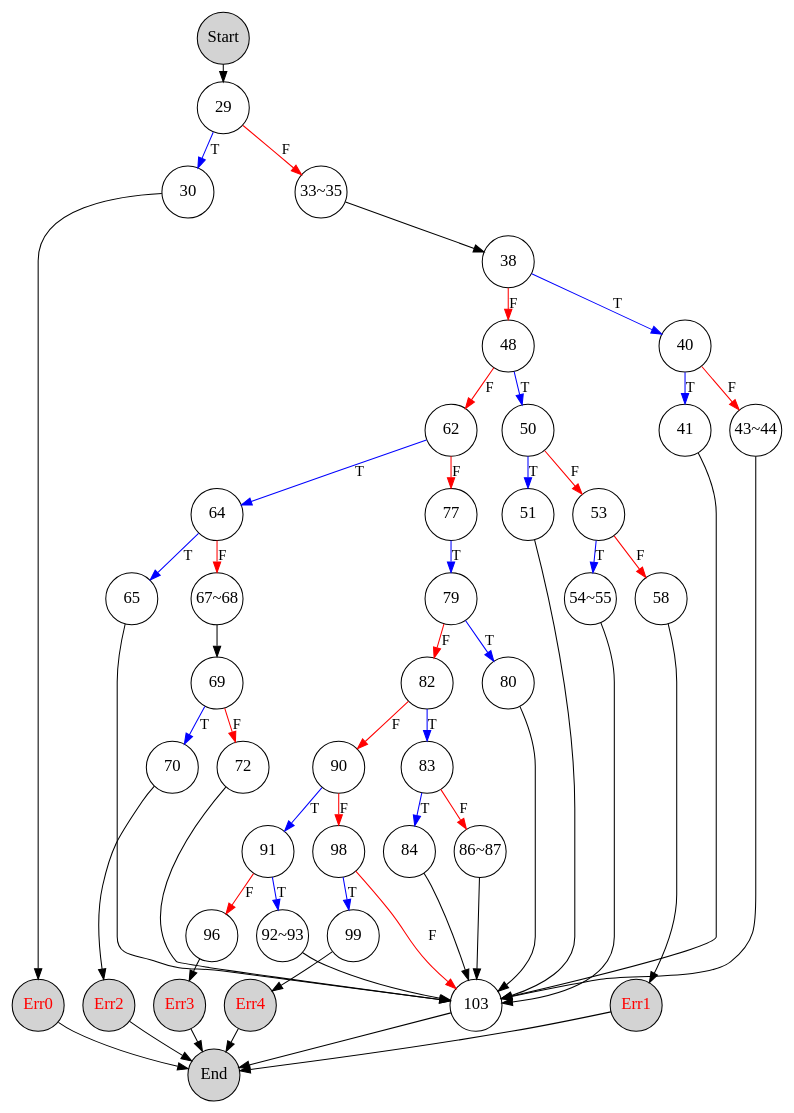
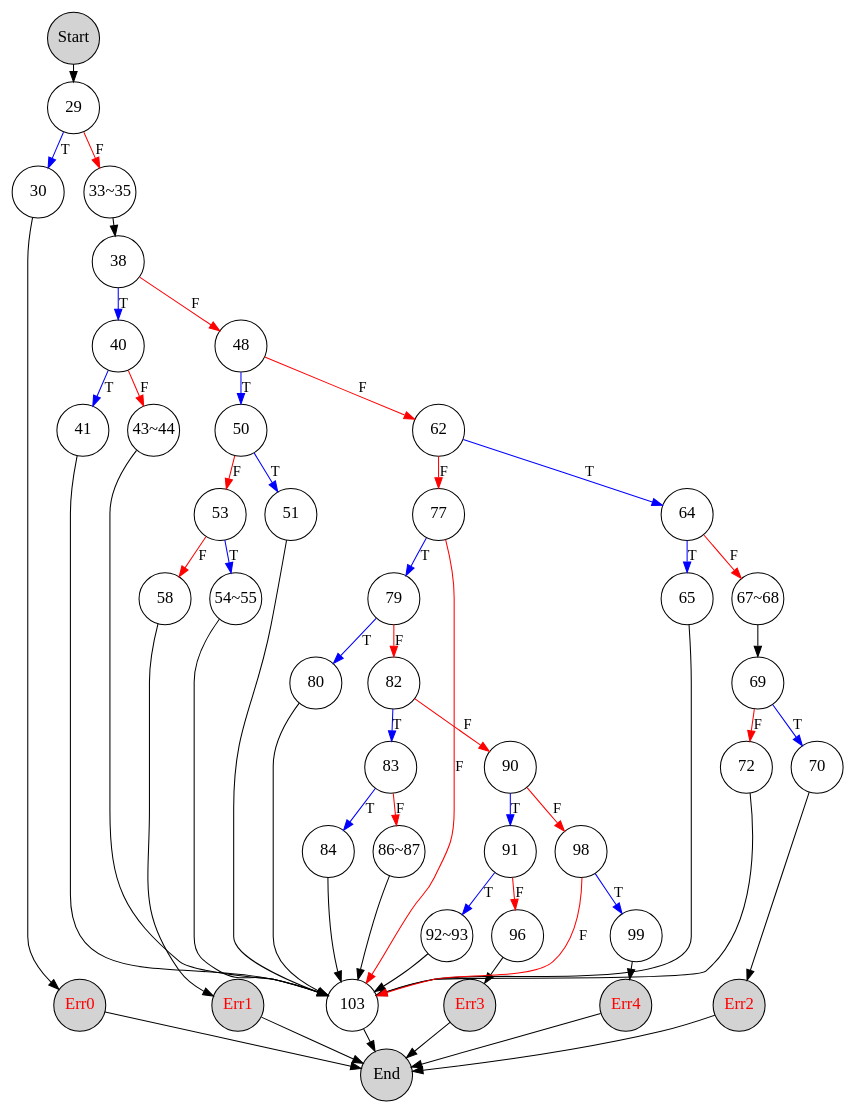
The diagram in nextdate.dot (dujung/nextdate), drawn with Graphviz before and after one commit. The commit also changed 1 other file, not shown here.

```diff
--- a/nextdate.dot
+++ b/nextdate.dot
@@ -1,99 +1,102 @@
 digraph nextdate {
     ranksep=0.1
     graph [rankdir = "TB"];
     node  [fontsize=16,fixedsize=true,width=0.7,shape=circle];
 
     Start [fontcolor="black", fillcolor="lightgray", style=filled]; 
     End   [fontcolor="black", fillcolor="lightgray", style=filled]; 
     Err0   [fontcolor="red", fillcolor="lightgray", style=filled]; 
     Err1   [fontcolor="red", fillcolor="lightgray", style=filled]; 
     Err2   [fontcolor="red", fillcolor="lightgray", style=filled]; 
     Err3   [fontcolor="red", fillcolor="lightgray", style=filled]; 
     Err4   [fontcolor="red", fillcolor="lightgray", style=filled]; 
 
     Start -> 29;
 
     //Restrictions that the year must have the following invariant: 1801 <= year <= 2021
     29 -> 30 [label = "T" color="blue"];
         30 -> Err0;
 
     //these variables will hold the proper values for the nextDate's day, month, and year values, respectively
     29 -> "33~35" [label = "F" color="red"];    // F
     "33~35" -> 38;
 
     //Is this month with 31 days?
     38 -> 40 [label = "T" color="blue"];    // T
         40 -> 41 [label = "T" color="blue"];    // F
             41 -> 103;
         40 -> "43~44" [label = "F" color="red"];    // F
             "43~44" -> 103;
 
     //is this month a month with 30 days?
     38 -> 48 [label = "F" color="red"];
     48 -> 50 [label = "T" color="blue"];
         50 -> 51 [label = "T" color="blue"];
             51 -> 103;
         50 -> 53 [label = "F" color="red"];
             53 -> "54~55" [label = "T" color="blue"];
                 "54~55" -> 103;
             53 -> 58 [label = "F" color="red"];
                 58 -> Err1;
 
     //is this month December?
     48 -> 62 [label = "F" color="red"];
     62 -> 64 [label = "T" color="blue"];        // T
         64 -> 65 [label = "T" color="blue"];    // T
             65 -> 103;
         64 -> "67~68" [label = "F" color="red"]; // F
             "67~68" -> 69;
                 69 -> 70 [label = "T" color="blue"]; // T
                     70 -> Err2;
                 69 -> 72 [label = "F" color="red"]; // F
                     72 -> 103;
 
 
     //is this month February? we need to check for leap years and such
     62 -> 77 [label = "F" color="red"];
     77 -> 79 [label = "T" color="blue"];   // T
         79 -> 80 [label = "T" color="blue"];   //T
             80 -> 103;
         79 -> 82 [label = "F" color="red"];  // F
             82 -> 83 [label = "T" color="blue"];   //T
                 83 -> 84 [label = "T" color="blue"];   // T
                     84 -> 103;
                 83 -> "86~87" [label = "F" color="red"]; //F
                     "86~87" -> 103;
             82 -> 90 [label = "F" color="red"];  //F
                 90 -> 91 [label = "T" color="blue"]; //T
                     91 -> "92~93" [label = "T" color="blue"]; //T
                         "92~93" -> 103;
                     91 -> 96 [label = "F" color="red"];   //F
                         96 -> Err3;
                 90 -> 98 [label = "F" color="red"];   //F
                     98 -> 99 [label = "T" color="blue"];   //T
                         99 -> Err4;
                     98 -> 103 [label = "F" color="red"];  // F 
                 
 
+    // anything else.
+    77 -> 103 [label = "F" color="red"];   // F
+
     //return the string representing the nextDate, in the form MM/DD/YY
     103 -> End;
 
     // Errors
     Err0 -> End;
     Err1 -> End;
     Err2 -> End;
     Err3 -> End;
     Err4 -> End;
 
 
     // ranking
     { rank = same; 30; "33~35";}    
     { rank = same; 40; 48;}
     { rank = same; 50; 62; 41; "43~44"}
     { rank = same; 64; 77; 53; 51;}
     { rank = same; "54~55"; 58; 65; 79; "67~68";}
     { rank = same; 69; 82; 80;}
     { rank = same; 70; 72; 83; 90}
     { rank = same; 84; "86~87"; 91; 98}
     { rank = same; "Err0"; "Err1"; "Err2", "Err3"; "Err4"}
 }
```
